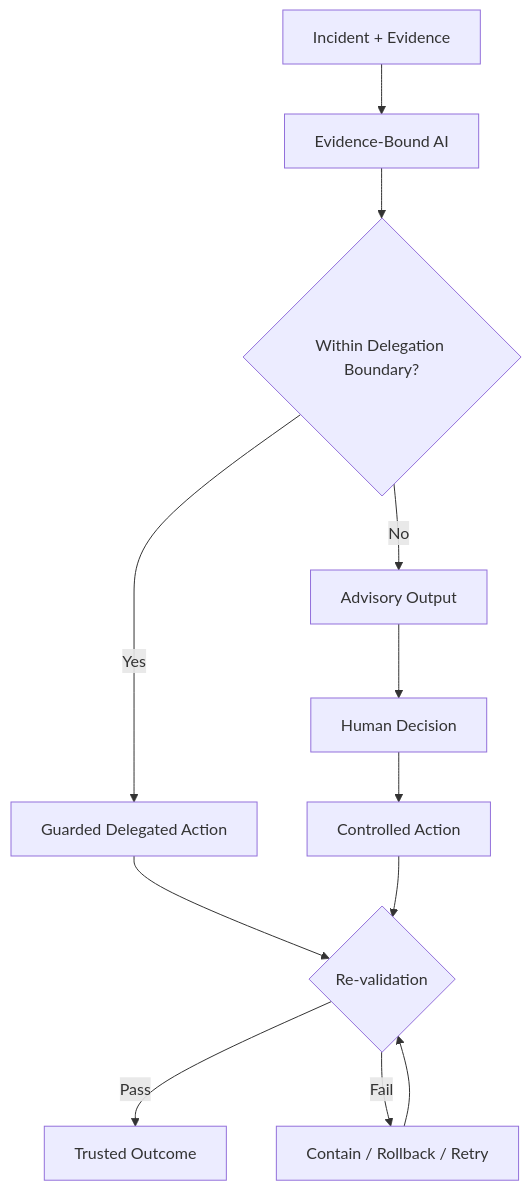
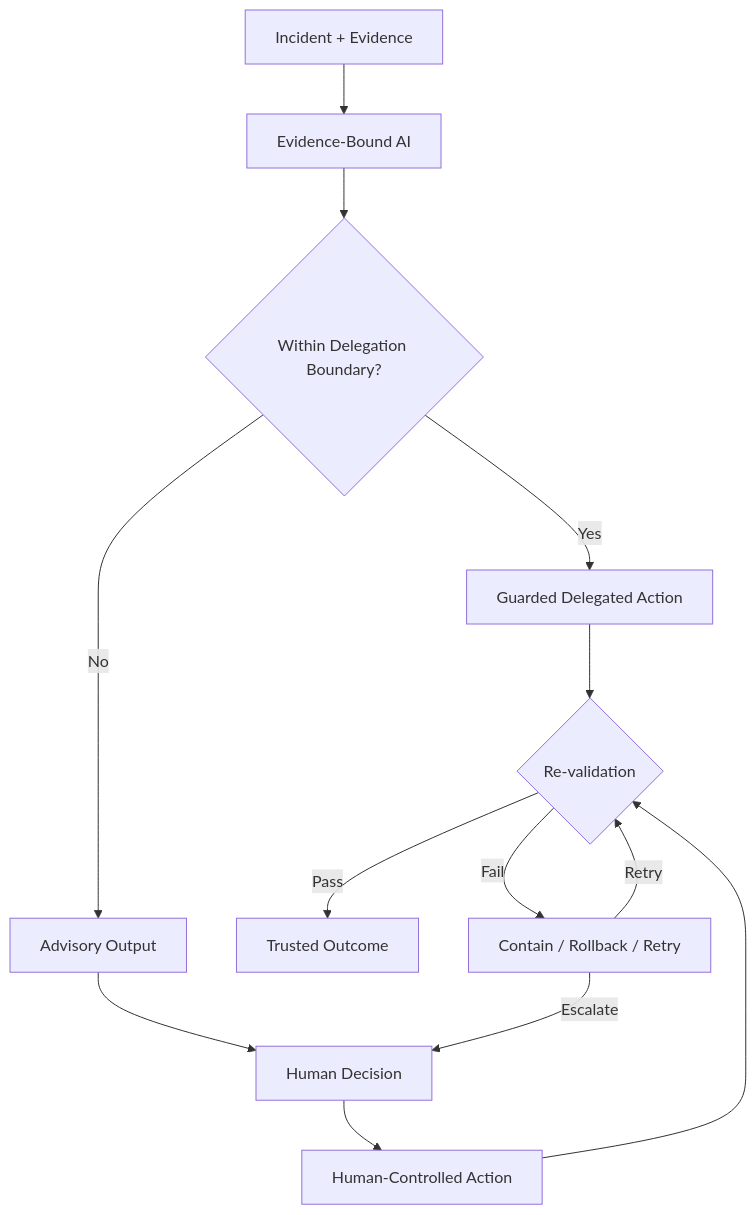
Before and after one commit to mols3131d/hmda-data-reliability: the second of 3 diagrams in docs/VISION.md, drawn with Mermaid. The commit also changed other lines of this file, not shown here.

Commit message:
docs: tighten final vision flows

````diff
--- a/docs/VISION.md
+++ b/docs/VISION.md
@@ -74,16 +75,17 @@
 ```mermaid
 flowchart TB
     evidence["Incident + Evidence"] --> ai["Evidence-Bound AI"]
     ai --> boundary{"Within Delegation Boundary?"}
 
     boundary -->|Yes| delegated["Guarded Delegated Action"]
     boundary -->|No| advisory["Advisory Output"]
     advisory --> human["Human Decision"]
-    human --> controlled["Controlled Action"]
+    human --> controlled["Human-Controlled Action"]
 
     delegated --> verify{"Re-validation"}
     controlled --> verify
     verify -->|Pass| outcome["Trusted Outcome"]
     verify -->|Fail| recovery["Contain / Rollback / Retry"]
-    recovery --> verify
+    recovery -->|Retry| verify
+    recovery -->|Escalate| human
 ```
````
